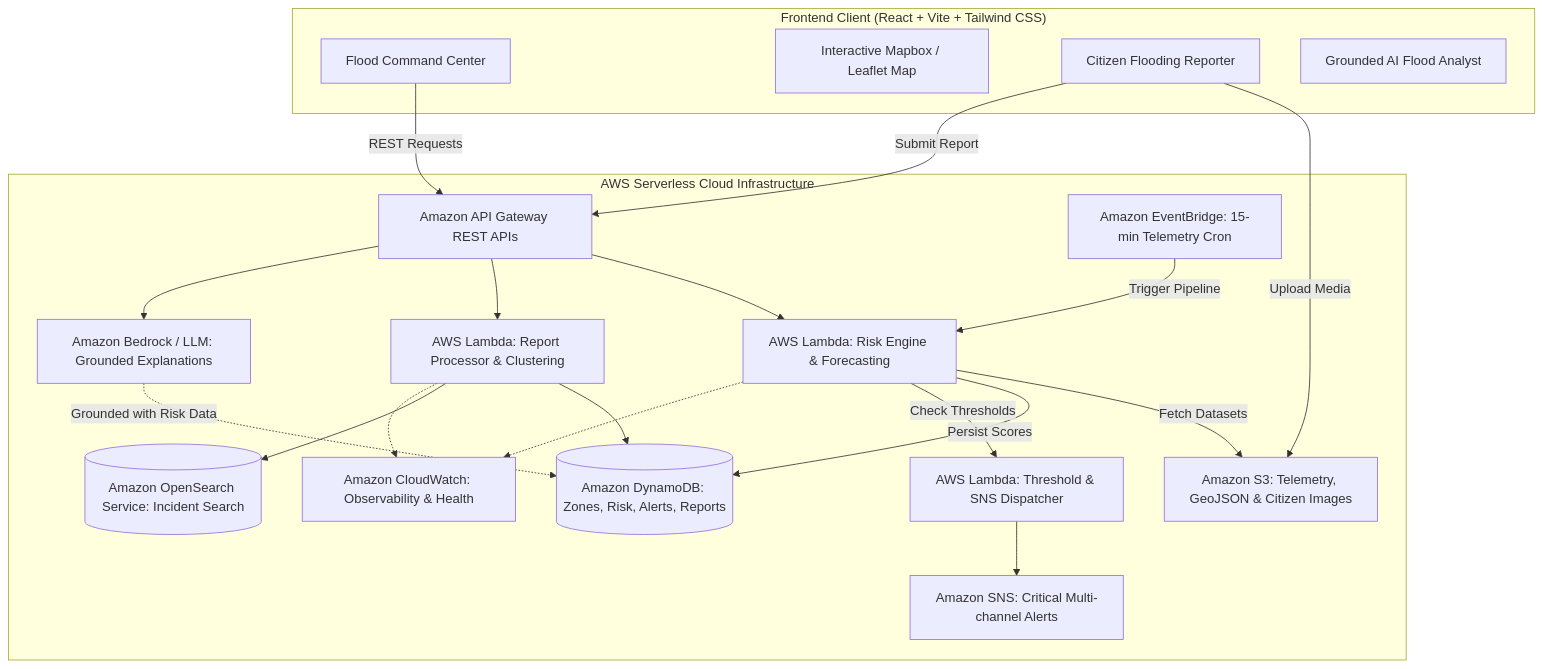
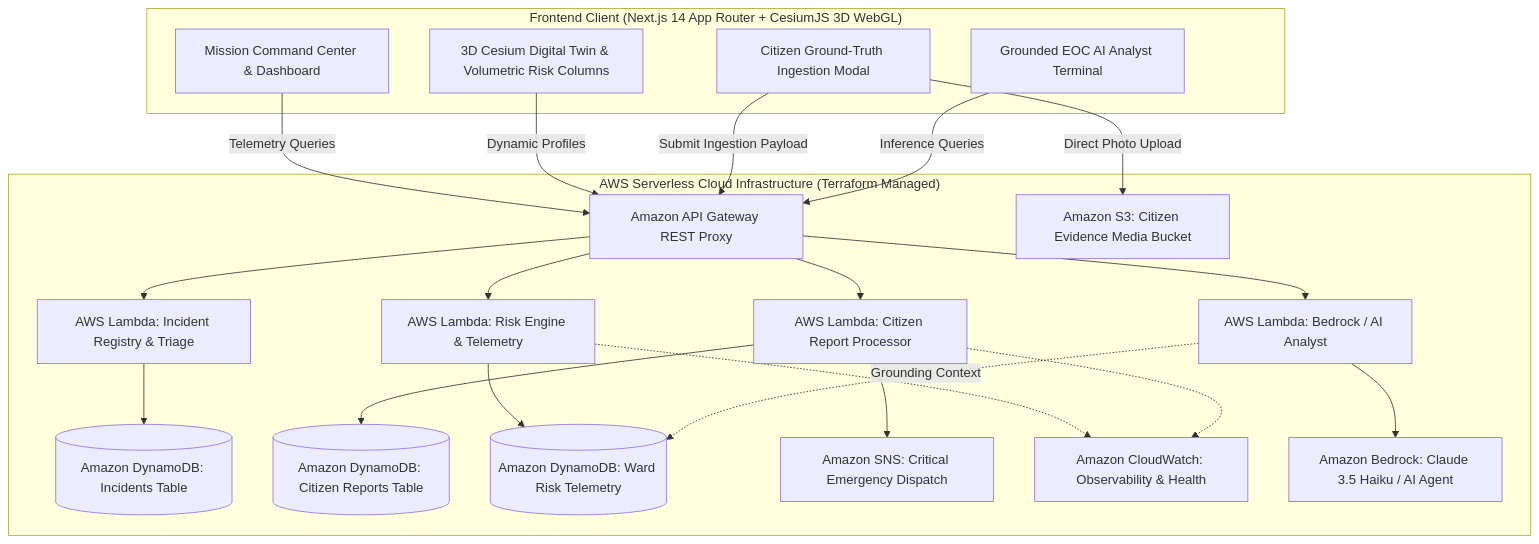
The diagram in README.md (ChirayuMarathe/FloodSense), drawn with Mermaid before and after one commit. The commit also changed other lines of this file and 578 other files, not shown here.

Commit message:
feat: integrate 3D Cesium digital twin frontend, volumetric risk pillars, and master README into FloodSense

````diff
--- a/README.md
+++ b/README.md
@@ -41,47 +42,47 @@
 ```mermaid
 flowchart TD
-    subgraph Client ["Frontend Client (React + Vite + Tailwind CSS)"]
-        UI[Flood Command Center]
-        Map[Interactive Mapbox / Leaflet Map]
-        ReportForm[Citizen Flooding Reporter]
-        AIAnalystUI[Grounded AI Flood Analyst]
+    subgraph Client ["Frontend Client (Next.js 14 App Router + CesiumJS 3D WebGL)"]
+        UI[Mission Command Center & Dashboard]
+        Map3D[3D Cesium Digital Twin & Volumetric Risk Columns]
+        ReportForm[Citizen Ground-Truth Ingestion Modal]
+        RAGTerminal[Grounded EOC AI Analyst Terminal]
     end
 
-    subgraph AWS ["AWS Serverless Cloud Infrastructure"]
-        APIGW[Amazon API Gateway REST APIs]
-        LambdaRisk[AWS Lambda: Risk Engine & Forecasting]
-        LambdaReport[AWS Lambda: Report Processor & Clustering]
-        LambdaAlert[AWS Lambda: Threshold & SNS Dispatcher]
+    subgraph AWS ["AWS Serverless Cloud Infrastructure (Terraform Managed)"]
+        APIGW[Amazon API Gateway REST Proxy]
+        LambdaRisk[AWS Lambda: Risk Engine & Telemetry]
+        LambdaIncidents[AWS Lambda: Incident Registry & Triage]
+        LambdaReports[AWS Lambda: Citizen Report Processor]
+        LambdaAI[AWS Lambda: Bedrock / AI Analyst]
+
+        S3Media[Amazon S3: Citizen Evidence Media Bucket]
+        DDBIncidents[(Amazon DynamoDB: Incidents Table)]
+        DDBReports[(Amazon DynamoDB: Citizen Reports Table)]
+        DDBRisk[(Amazon DynamoDB: Ward Risk Telemetry)]
         
-        EB[Amazon EventBridge: 15-min Telemetry Cron]
-        S3[Amazon S3: Telemetry, GeoJSON & Citizen Images]
-        DDB[(Amazon DynamoDB: Zones, Risk, Alerts, Reports)]
-        OpenSearch[(Amazon OpenSearch Service: Incident Search)]
-        SNS[Amazon SNS: Critical Multi-channel Alerts]
+        SNS[Amazon SNS: Critical Emergency Dispatch]
         CW[Amazon CloudWatch: Observability & Health]
-        
-        Bedrock[Amazon Bedrock / LLM: Grounded Explanations]
+        Bedrock[Amazon Bedrock: Claude 3.5 Haiku / AI Agent]
     end
 
-    UI -->|REST Requests| APIGW
-    ReportForm -->|Upload Media| S3
-    ReportForm -->|Submit Report| APIGW
-    
+    UI -->|Telemetry Queries| APIGW
+    Map3D -->|Dynamic Profiles| APIGW
+    ReportForm -->|Direct Photo Upload| S3Media
+    ReportForm -->|Submit Ingestion Payload| APIGW
+    RAGTerminal -->|Inference Queries| APIGW
+
     APIGW --> LambdaRisk
-    APIGW --> LambdaReport
-    
-    EB -->|Trigger Pipeline| LambdaRisk
-    LambdaRisk -->|Fetch Datasets| S3
-    LambdaRisk -->|Persist Scores| DDB
-    LambdaRisk -->|Check Thresholds| LambdaAlert
-    LambdaAlert --> SNS
-    
-    LambdaReport --> DDB
-    LambdaReport --> OpenSearch
-    
-    APIGW --> Bedrock
-    Bedrock -.->|Grounded with Risk Data| DDB
-    
+    APIGW --> LambdaIncidents
+    APIGW --> LambdaReports
+    APIGW --> LambdaAI
+
+    LambdaRisk --> DDBRisk
+    LambdaIncidents --> DDBIncidents
+    LambdaReports --> DDBReports
+    LambdaReports --> SNS
+    LambdaAI --> Bedrock
+    LambdaAI -.->|Grounding Context| DDBRisk
+
     LambdaRisk -.-> CW
-    LambdaReport -.-> CW
+    LambdaReports -.-> CW
 ```
````
